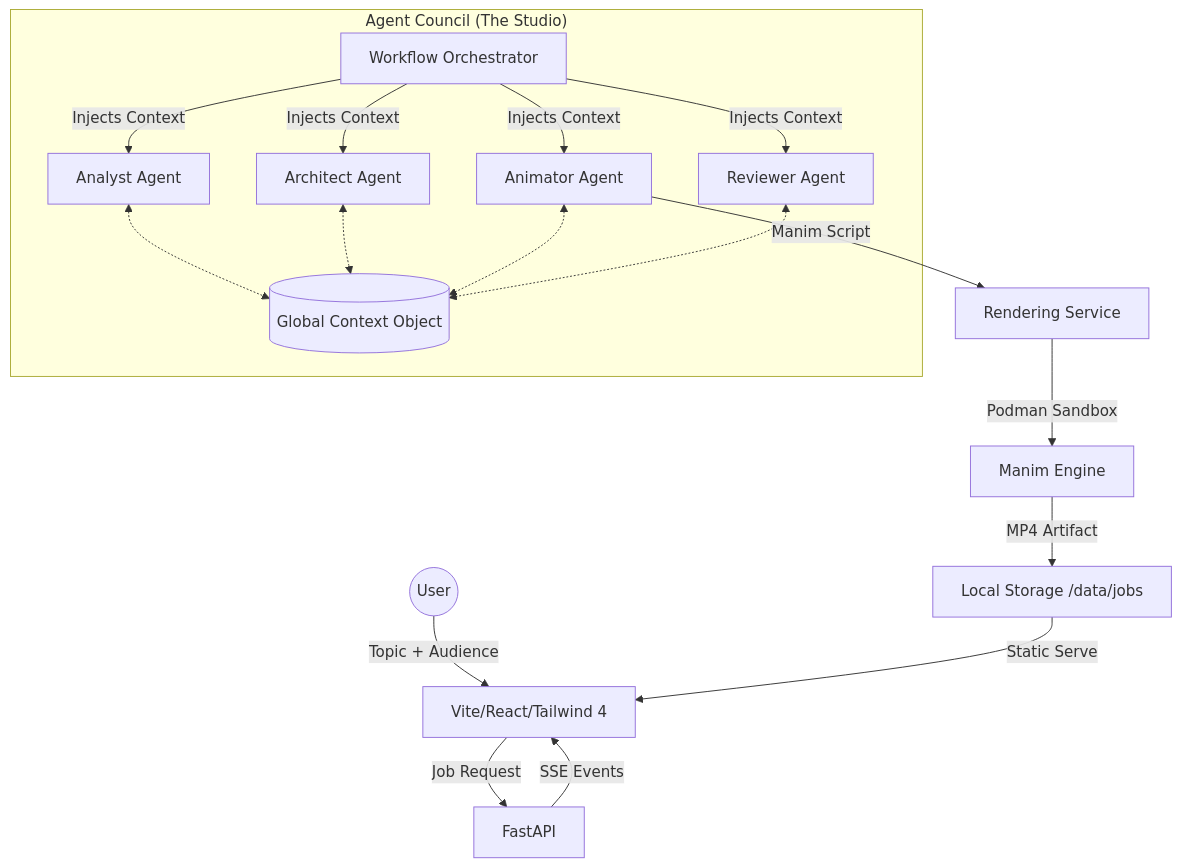
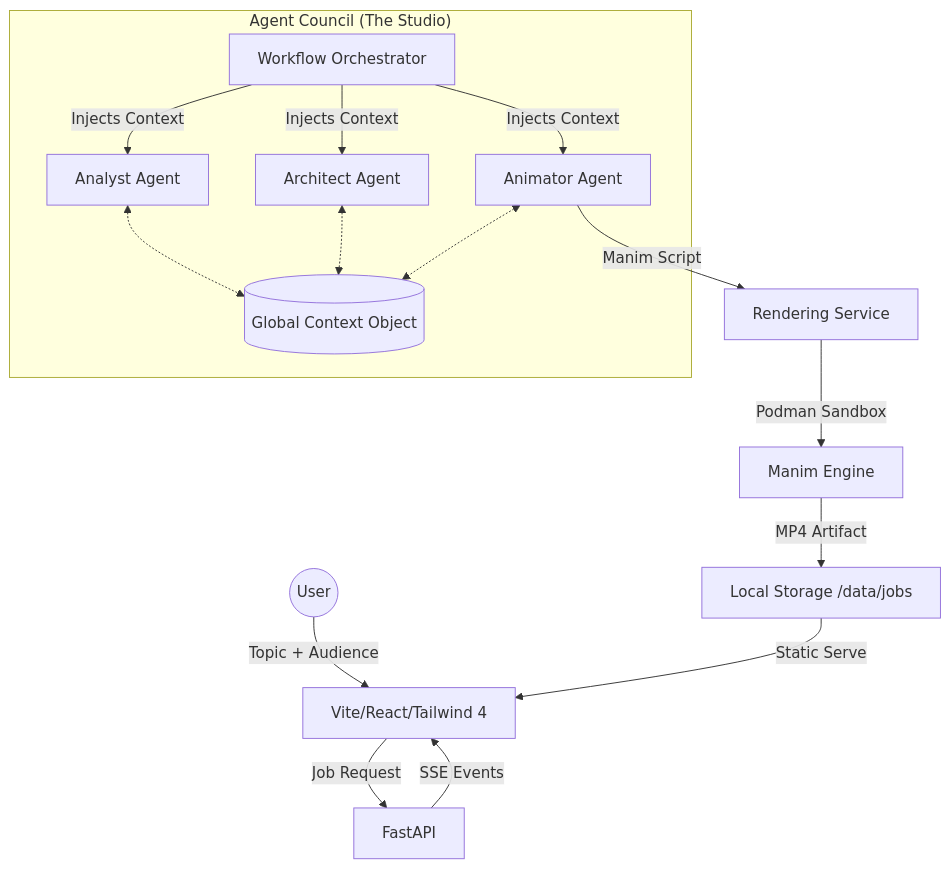
Before and after one commit to jdluu/ConceptCast: the diagram in docs/wiki/Architecture.md, drawn with Mermaid. The commit also changed 5 other files, not shown here.

Commit message:
feat(scripts): update operational scripts and platform architecture documentation

````diff
--- a/docs/wiki/Architecture.md
+++ b/docs/wiki/Architecture.md
@@ -9,26 +9,25 @@
 ```mermaid
 graph TD
     User((User)) -- "Topic + Audience" --> Frontend[Vite/React/Tailwind 4]
     Frontend -- "Job Request" --> Backend[FastAPI]
     
     subgraph "Agent Council (The Studio)"
         GCO[(Global Context Object)]
         
         Orchestrator[Workflow Orchestrator] -- "Injects Context" --> Analyst[Analyst Agent]
         Orchestrator -- "Injects Context" --> Architect[Architect Agent]
         Orchestrator -- "Injects Context" --> Animator[Animator Agent]
-        Orchestrator -- "Injects Context" --> Reviewer[Reviewer Agent]
-        
-        Analyst <-.-> GCO
-        Architect <-.-> GCO
-        Animator <-.-> GCO
-        Reviewer <-.-> GCO
+
     end
+    
+    Analyst <-.-> GCO
+    Architect <-.-> GCO
+    Animator <-.-> GCO
     
     Animator -- "Manim Script" --> Renderer[Rendering Service]
     Renderer -- "Podman Sandbox" --> Manim[Manim Engine]
     Manim -- "MP4 Artifact" --> Storage[Local Storage /data/jobs]
     
     Backend -- "SSE Events" --> Frontend
     Storage -- "Static Serve" --> Frontend
 ```
````
